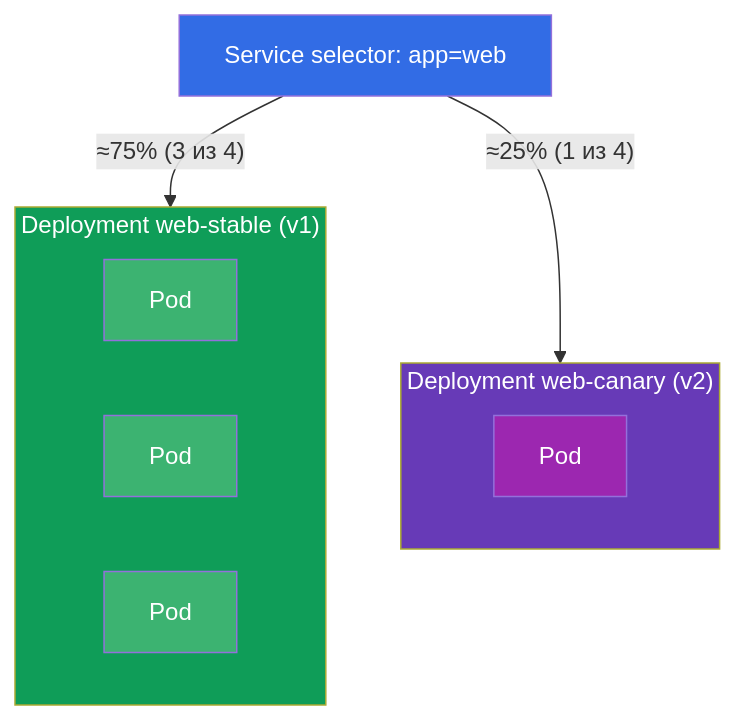
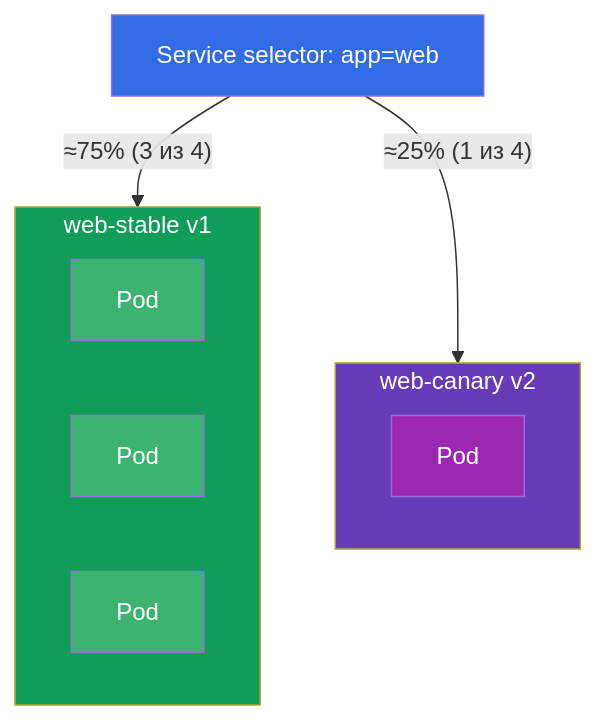
The third of 6 diagrams in tasks/cka/course/09/ru.md (ViktorUJ/cks), drawn with Mermaid before and after one commit. The commit also changed other lines of this file and 1 other file, not shown here.

````diff
--- a/tasks/cka/course/09/ru.md
+++ b/tasks/cka/course/09/ru.md
@@ -72,21 +72,21 @@
 ```mermaid
 flowchart TB
     svc["Service selector: app=web"]
-    subgraph stable["Deployment web-stable (v1)"]
+    subgraph stable["web-stable v1"]
         s1["Pod"]
         s2["Pod"]
         s3["Pod"]
     end
-    subgraph canary["Deployment web-canary (v2)"]
+    subgraph canary["web-canary v2"]
         c1["Pod"]
     end
     svc -->|"≈75% (3 из 4)"| stable
     svc -->|"≈25% (1 из 4)"| canary
     style svc fill:#326ce5,color:#fff
     style stable fill:#0f9d58,color:#fff
     style canary fill:#673ab7,color:#fff
     style s1 fill:#3cb371,color:#fff
     style s2 fill:#3cb371,color:#fff
     style s3 fill:#3cb371,color:#fff
     style c1 fill:#9c27b0,color:#fff
 ```
````
